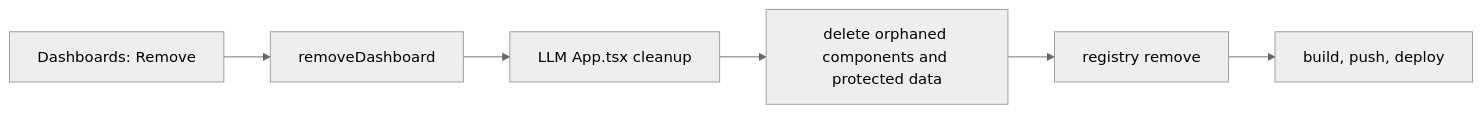
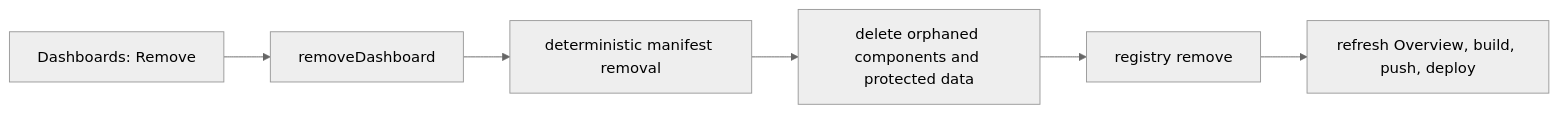
Before and after one commit to syedateebulislam/openboard: the fifth of 7 diagrams in arch.md, drawn with Mermaid (neutral theme). The commit also changed other lines of this file and 3 other files, not shown here.

First line of the commit message:
docs: refresh all docs to v1.5.2 architecture, features, and UX

````diff
--- a/arch.md
+++ b/arch.md
@@ -54,4 +54,4 @@
 ```mermaid
 flowchart LR
-    A["Dashboards: Remove"] --> B[removeDashboard] --> C[LLM App.tsx cleanup] --> D[delete orphaned components and protected data] --> E[registry remove] --> F[build, push, deploy]
+    A["Dashboards: Remove"] --> B[removeDashboard] --> C[deterministic manifest removal] --> D[delete orphaned components and protected data] --> E[registry remove] --> F[refresh Overview, build, push, deploy]
 ```
````
